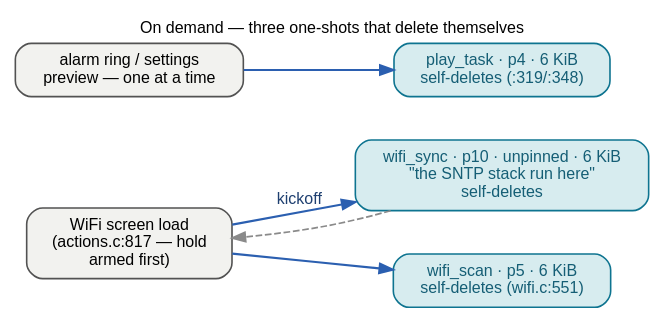
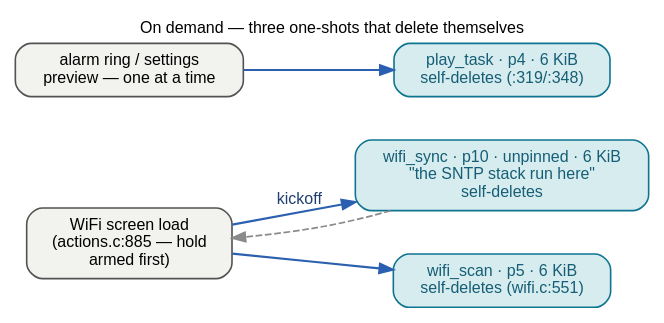
The diagram in docs/_graphs/task-roster-ondemand.dot (ukos-git/moon-clock-esp), drawn with Graphviz before and after one commit. The commit also changed 18 other files, not shown here.

```diff
--- a/docs/_graphs/task-roster-ondemand.dot
+++ b/docs/_graphs/task-roster-ondemand.dot
@@ -1,41 +1,41 @@
 // The ON-DEMAND band opened: the three self-deleting one-shots the
 // clocks spawn when asked. Every edge read out of the live source
 // before drawing: the WiFi screen load arms the panel traffic hold and
-// kicks off wifi_sync (components/ui/actions.c:817, "on-demand sync";
+// kicks off wifi_sync (components/ui/actions.c:885, "on-demand sync";
 // 6144 words, prio 10, unpinned — "6144: wifi_manager_init + the SNTP
 // stack run here", vTaskDelete(NULL) at the fn tail); wifi.c:551
 // wifi_scan_begin spawns wifi_scan (6144, prio 5, self-deletes);
-// alarm_audio.c:319/:348 spawn play_task (6144, prio 4) from ring_start
+// alarm_audio.c:337/:366 spawn play_task (6144, prio 4) from ring_start
 // and the settings preview, one at a time. wifi_sync sets the done flag
 // that "the wake handler (action_wake_screen) consumes (clears)"
 // (actions.c:46 comment). The crew in black boxes is
 // docs/_graphs/task-roster.dot (this page); the clocks' resident crew
 // is docs/_graphs/task-roster-clocks.dot; what each hand asks of which
 // chip is docs/_graphs/task-roster-chips.dot. FONTS: 12 pt = the page's
 // 16 px body text at 1:1 — kept inside the content column.
 // Rendered inline as SVG by sphinx.ext.graphviz (dot on PATH).
 digraph task_roster_ondemand {
     rankdir=LR;
     label="On demand — three one-shots that delete themselves";
     labelloc="t"; labeljust="c";
     fontname="Helvetica"; fontsize=12;
     graph [nodesep=0.45, ranksep=0.6];
     node [fontname="Helvetica", fontsize=12, shape=box, style="rounded,filled",
           width=0, height=0, margin="0.16,0.10", fillcolor="#f2f2ef",
           color="#525252", penwidth=1.2];
     edge [fontname="Helvetica", fontsize=12, color="#8a8a8a", penwidth=1.3];
 
-    wload [label="WiFi screen load\n(actions.c:817 — hold\narmed first)"];
+    wload [label="WiFi screen load\n(actions.c:885 — hold\narmed first)"];
     ring [label="alarm ring / settings\npreview — one at a time"];
     wsync [label="wifi_sync · p10 · unpinned · 6 KiB\n\"the SNTP stack run here\"\nself-deletes",
            fillcolor="#d7ecef", color="#0e7490", fontcolor="#155e75"];
     wscan [label="wifi_scan · p5 · 6 KiB\nself-deletes (wifi.c:551)",
            fillcolor="#d7ecef", color="#0e7490", fontcolor="#155e75"];
     play [label="play_task · p4 · 6 KiB\nself-deletes (:319/:348)",
           fillcolor="#d7ecef", color="#0e7490", fontcolor="#155e75"];
 
     wload -> wsync [color="#2b5fb0", penwidth=1.6, fontcolor="#1e3f70", label="kickoff"];
     wload -> wscan [color="#2b5fb0", penwidth=1.6, fontcolor="#1e3f70"];
     ring -> play [color="#2b5fb0", penwidth=1.6, fontcolor="#1e3f70"];
     wsync -> wload [style=dashed, constraint=false];
 }
```
